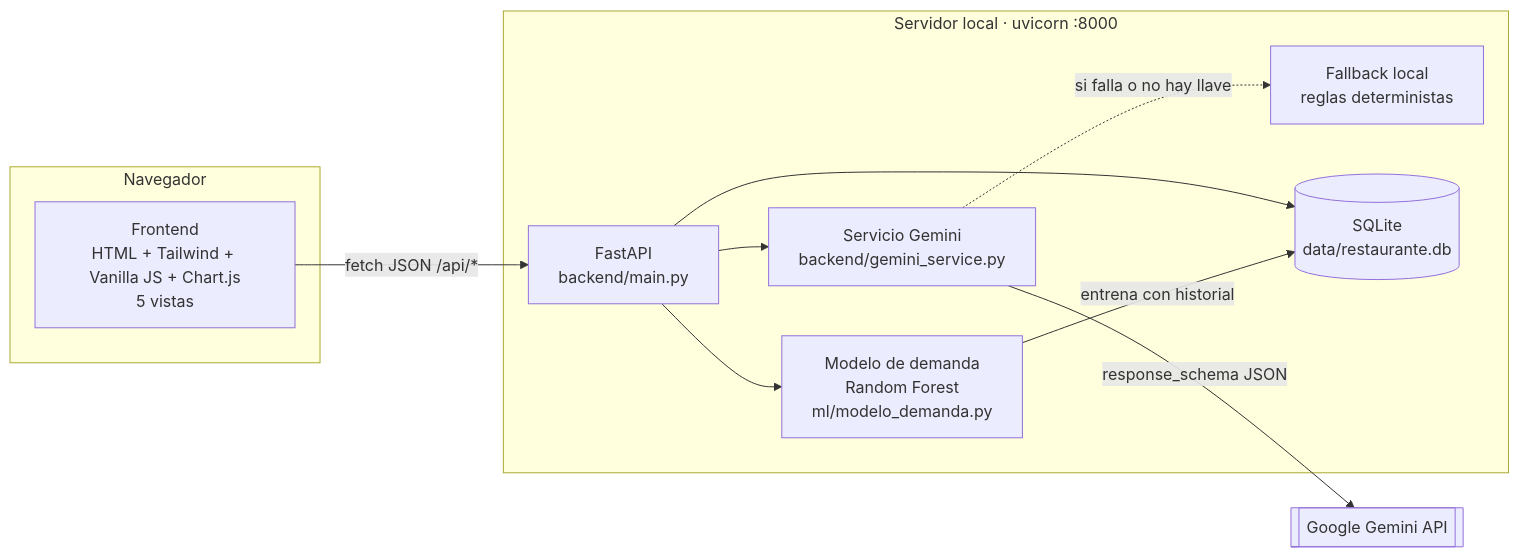
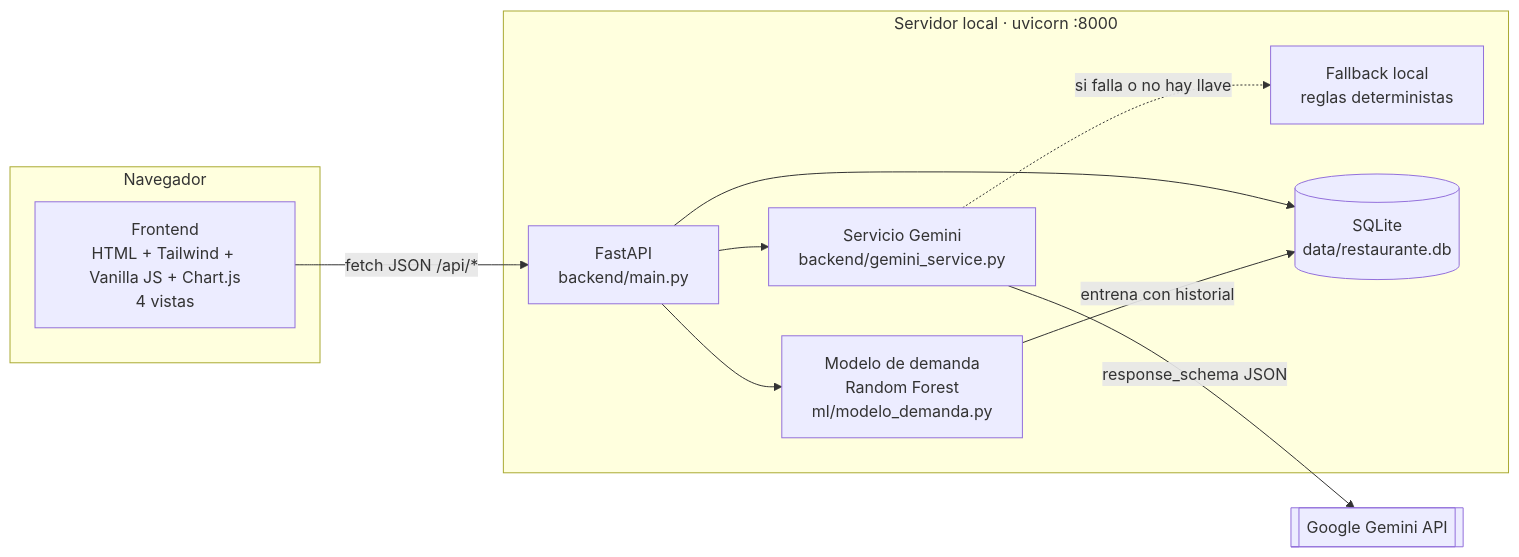
One commit to AndreRodriguez06/Hackateate_2026 changed the first of 3 diagrams in docs/01_arquitectura.md. Above: the diagram before and after it, drawn with Mermaid. The commit also changed other lines of this file and 29 other files, not shown here.

````diff
--- a/docs/01_arquitectura.md
+++ b/docs/01_arquitectura.md
@@ -63,24 +63,24 @@
 ```mermaid
 flowchart LR
     subgraph Navegador
-        UI[Frontend<br/>HTML + Tailwind + Vanilla JS + Chart.js<br/>5 vistas]
+        UI[Frontend<br/>HTML + Tailwind + Vanilla JS + Chart.js<br/>4 vistas]
     end
 
     subgraph Servidor["Servidor local · uvicorn :8000"]
         API[FastAPI<br/>backend/main.py]
         ML[Modelo de demanda<br/>Random Forest<br/>ml/modelo_demanda.py]
         GEM[Servicio Gemini<br/>backend/gemini_service.py]
         FB[Fallback local<br/>reglas deterministas]
         DB[(SQLite<br/>data/restaurante.db)]
     end
 
     GAPI[[Google Gemini API]]
 
     UI -- "fetch JSON /api/*" --> API
     API --> ML
     API --> GEM
     GEM -- "response_schema JSON" --> GAPI
     GEM -. "si falla o no hay llave" .-> FB
     API --> DB
     ML -- "entrena con historial" --> DB
 ```
````
